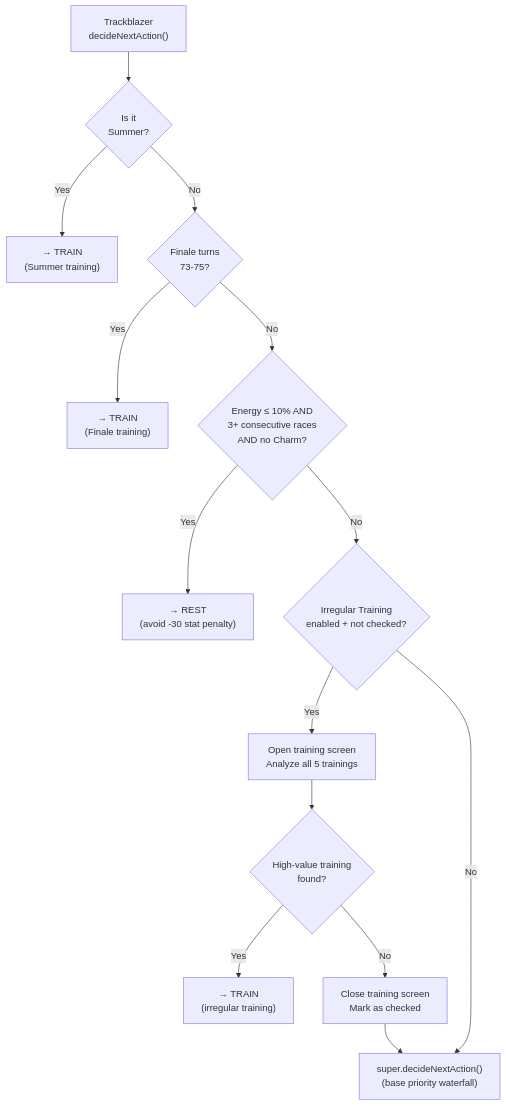
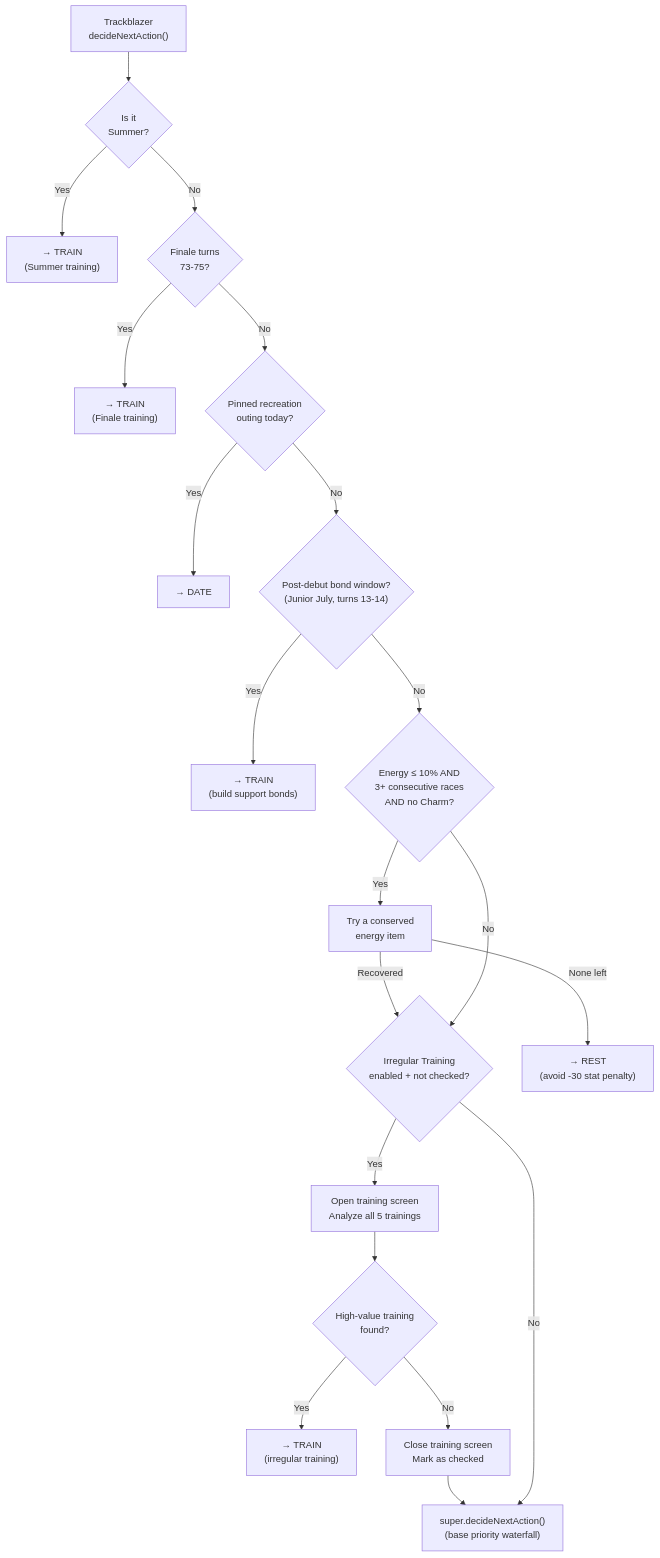
The seventh of 7 diagrams in HOW_IT_WORKS.md (lhceist41/uma-auto-plus), drawn with Mermaid before and after one commit. The commit also changed other lines of this file and 7 other files, not shown here.

````diff
--- a/HOW_IT_WORKS.md
+++ b/HOW_IT_WORKS.md
@@ -622,16 +630,22 @@
 ```mermaid
 flowchart TD
     Start["Trackblazer\ndecideNextAction()"] --> Summer{"Is it\nSummer?"}
     Summer -->|Yes| TRAIN["→ TRAIN\n(Summer training)"]
     Summer -->|No| Finale{"Finale turns\n73-75?"}
     Finale -->|Yes| TRAIN2["→ TRAIN\n(Finale training)"]
-    Finale -->|No| EnergyGuard{"Energy ≤ 10% AND\n3+ consecutive races\nAND no Charm?"}
-    EnergyGuard -->|Yes| REST["→ REST\n(avoid -30 stat penalty)"]
+    Finale -->|No| Recreation{"Pinned recreation\nouting today?"}
+    Recreation -->|Yes| DATE["→ DATE"]
+    Recreation -->|No| BondWindow{"Post-debut bond window?\n(Junior July, turns 13-14)"}
+    BondWindow -->|Yes| TRAIN4["→ TRAIN\n(build support bonds)"]
+    BondWindow -->|No| EnergyGuard{"Energy ≤ 10% AND\n3+ consecutive races\nAND no Charm?"}
+    EnergyGuard -->|Yes| TryItem["Try a conserved\nenergy item"]
+    TryItem -->|Recovered| Irregular
+    TryItem -->|None left| REST["→ REST\n(avoid -30 stat penalty)"]
     EnergyGuard -->|No| Irregular{"Irregular Training\nenabled + not checked?"}
     Irregular -->|Yes| EvalTraining["Open training screen\nAnalyze all 5 trainings"]
     EvalTraining --> ValidFound{"High-value training\nfound?"}
     ValidFound -->|Yes| TRAIN3["→ TRAIN\n(irregular training)"]
     ValidFound -->|No| BackOut["Close training screen\nMark as checked"]
     BackOut --> BaseDecision["super.decideNextAction()\n(base priority waterfall)"]
     Irregular -->|No| BaseDecision
 ```
````
